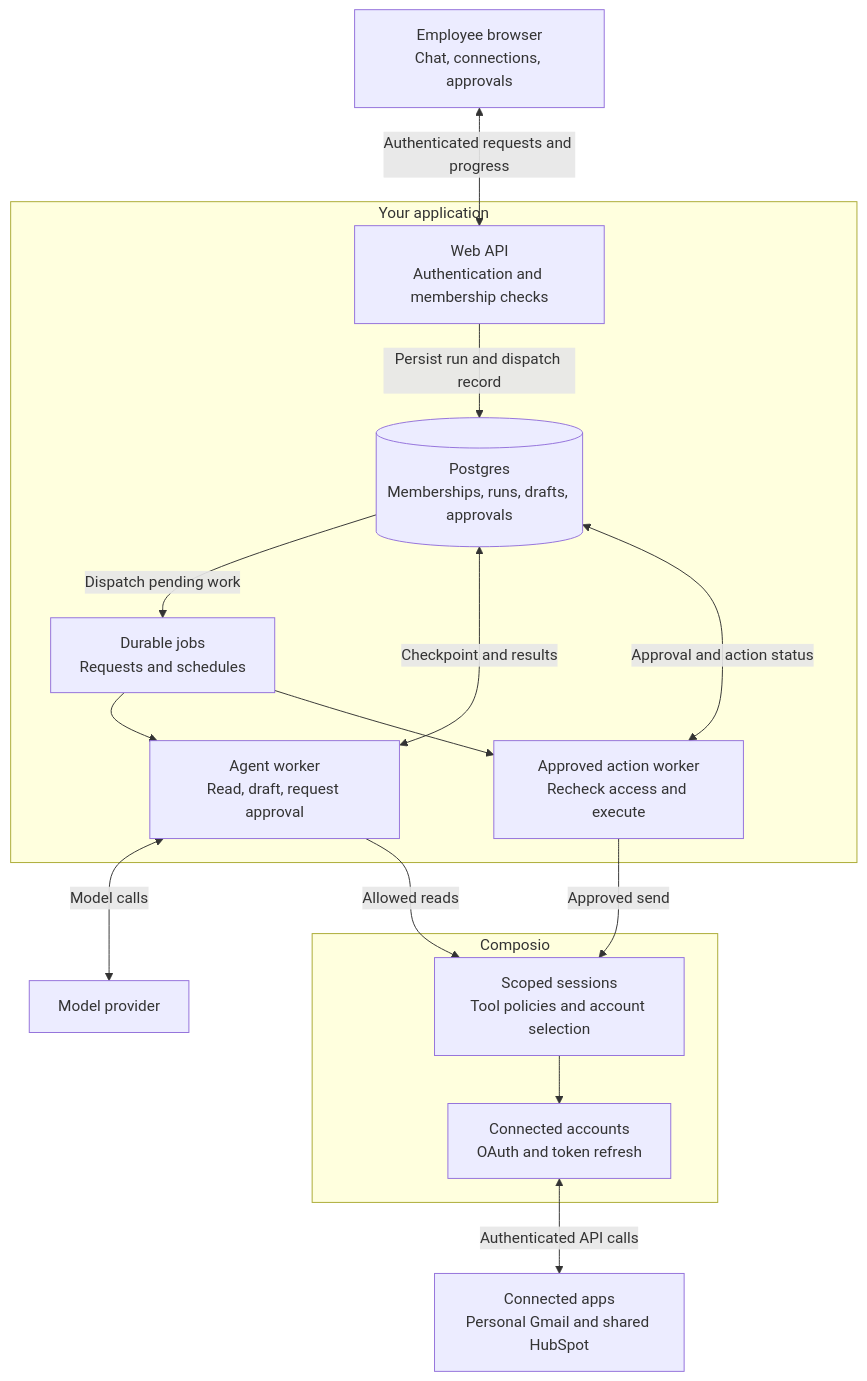
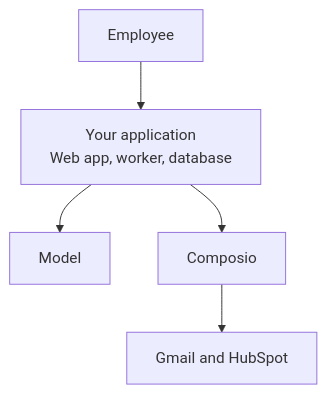
The first of 2 diagrams in docs/content/examples/reference-architectures/b2b-agent.mdx (ComposioHQ/composio), drawn with Mermaid before and after one commit. The commit also changed other lines of this file and 1 other file, not shown here.

Commit message:
docs: simplify B2B architecture prose and diagrams

````diff
--- a/docs/content/examples/reference-architectures/b2b-agent.mdx
+++ b/docs/content/examples/reference-architectures/b2b-agent.mdx
@@ -28,31 +26,9 @@
 ```mermaid
 flowchart TB
-  accTitle: B2B agent application architecture
-  accDescr: Browser requests and schedules reach application workers. Workers persist state in Postgres, call a model, and use Composio sessions to execute tools against personal Gmail and shared HubSpot connections.
-  browser["Employee browser<br/>Chat, connections, approvals"]
-  subgraph app["Your application"]
-    api["Web API<br/>Authentication and membership checks"]
-    jobs["Durable jobs<br/>Requests and schedules"]
-    worker["Agent worker<br/>Read, draft, request approval"]
-    executor["Approved action worker<br/>Recheck access and execute"]
-    db[("Postgres<br/>Memberships, runs, drafts, approvals")]
-    api -->|"Persist run and dispatch record"| db
-    db -->|"Dispatch pending work"| jobs
-    jobs --> worker
-    jobs --> executor
-    worker <-->|"Checkpoint and results"| db
-    executor <-->|"Approval and action status"| db
-  end
-  model["Model provider"]
-  subgraph composio["Composio"]
-    sessions["Scoped sessions<br/>Tool policies and account selection"]
-    connections["Connected accounts<br/>OAuth and token refresh"]
-    sessions --> connections
-  end
-  apps["Connected apps<br/>Personal Gmail and shared HubSpot"]
-  browser <-->|"Authenticated requests and progress"| api
-  worker <-->|"Model calls"| model
-  worker -->|"Allowed reads"| sessions
-  executor -->|"Approved send"| sessions
-  connections <-->|"Authenticated API calls"| apps
+  accTitle: B2B agent application
+  accDescr: Employees use a web app to start work and approve actions. A background worker calls the model and Composio, and saves work in a database. Composio connects to Gmail and HubSpot.
+  person["Employee"] --> app["Your application<br/>Web app, worker, database"]
+  app --> model["Model"]
+  app --> composio["Composio"]
+  composio --> apps["Gmail and HubSpot"]
 ```
````
